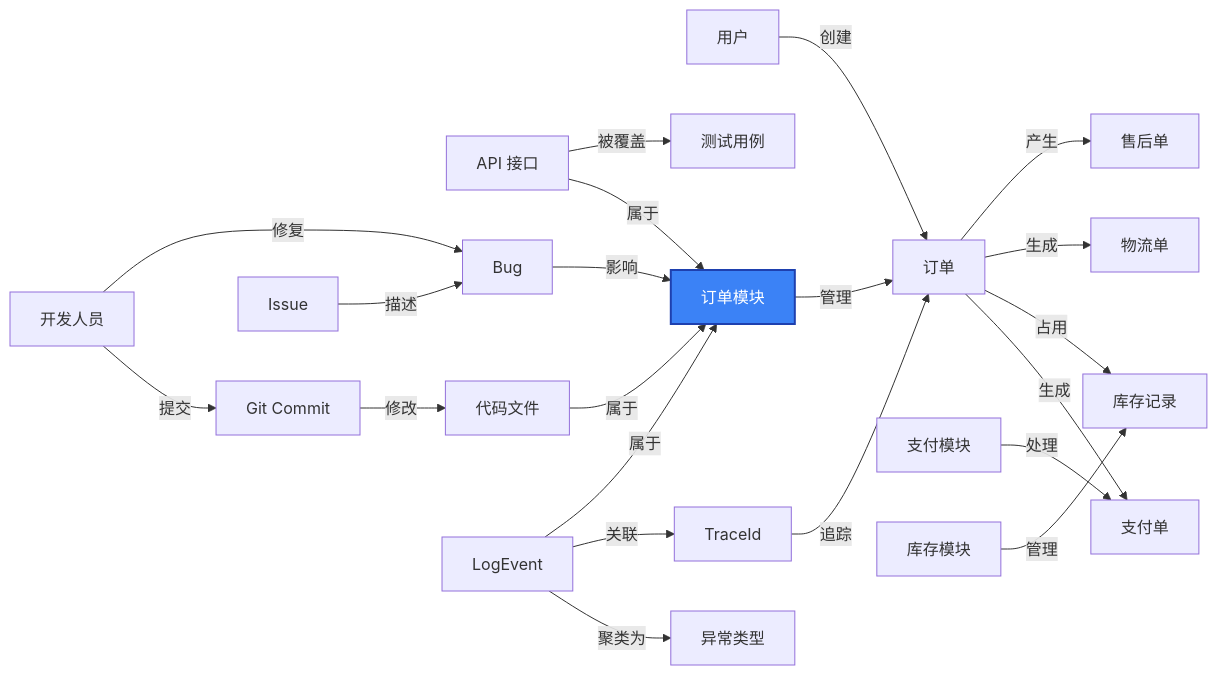
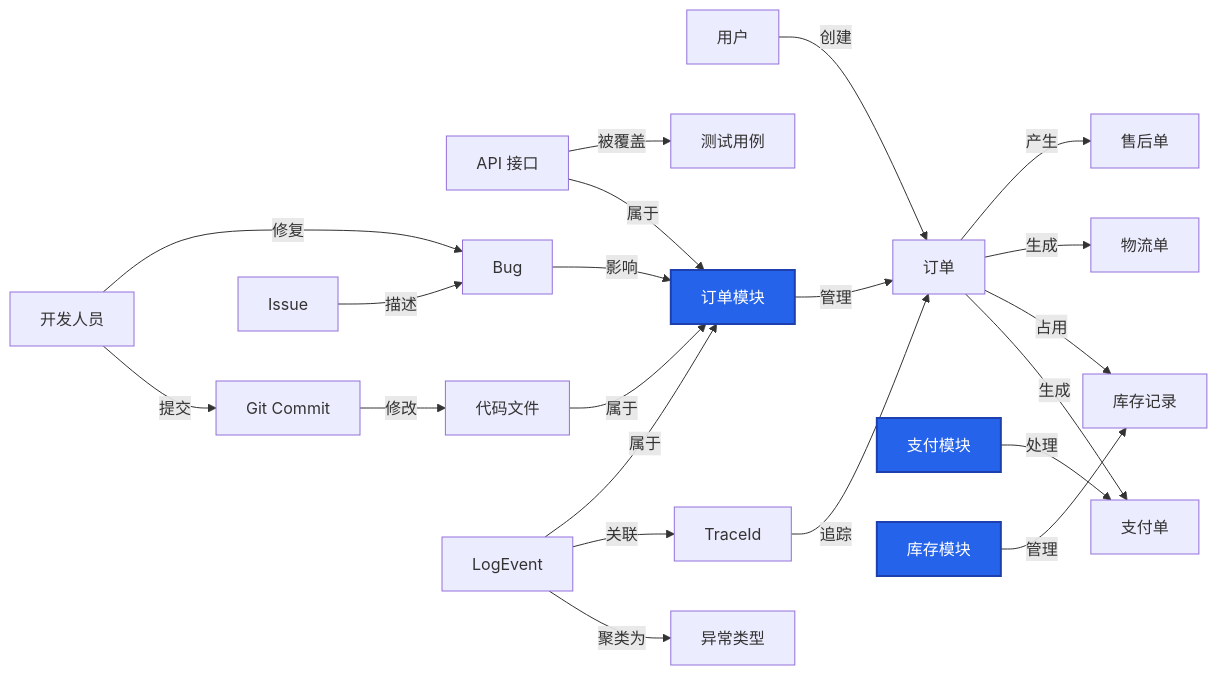
Before and after one commit to elecmonkey/20260507-software-slides: the second of 4 diagrams in slides.md, drawn with Mermaid. The commit also changed other lines of this file, not shown here.

````diff
--- a/slides.md
+++ b/slides.md
@@ -632,30 +630,30 @@
 ```mermaid {scale: 0.68}
 flowchart LR
     User[用户] -->|创建| Order[订单]
     Order -->|生成| Payment[支付单]
     Order -->|占用| Inventory[库存记录]
     Order -->|生成| Logistics[物流单]
     Order -->|产生| AfterSale[售后单]
 
-    OrderModule[订单模块]:::core -->|管理| Order
-    PaymentModule[支付模块] -->|处理| Payment
-    InventoryModule[库存模块] -->|管理| Inventory
+    OrderModule[订单模块]:::module -->|管理| Order
+    PaymentModule[支付模块]:::module -->|处理| Payment
+    InventoryModule[库存模块]:::module -->|管理| Inventory
 
     API[API 接口] -->|属于| OrderModule
     API -->|被覆盖| TestCase[测试用例]
 
     Dev[开发人员] -->|提交| Commit[Git Commit]
     Commit -->|修改| File[代码文件]
     File -->|属于| OrderModule
 
     Issue[Issue] -->|描述| Bug[Bug]
     Bug -->|影响| OrderModule
     Dev -->|修复| Bug
 
     LogEvent[LogEvent] -->|聚类为| Exception[异常类型]
     LogEvent -->|关联| TraceId[TraceId]
     TraceId -->|追踪| Order
     LogEvent -->|属于| OrderModule
 
-    classDef core fill:#3b82f6,stroke:#1e40af,color:#fff,stroke-width:2px
+    classDef module fill:#2563eb,stroke:#1e40af,color:#fff,stroke-width:2px
 ```
````
